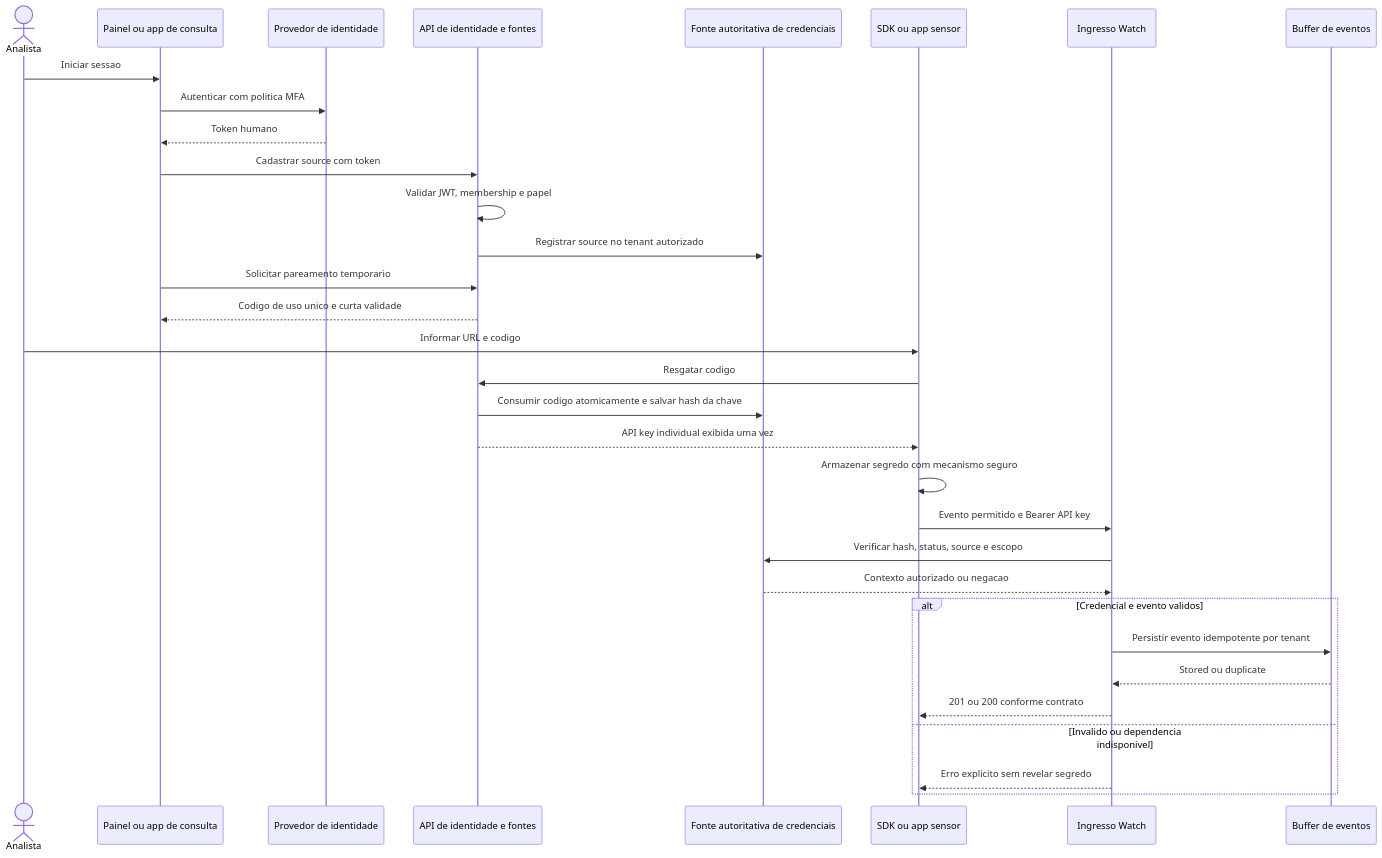
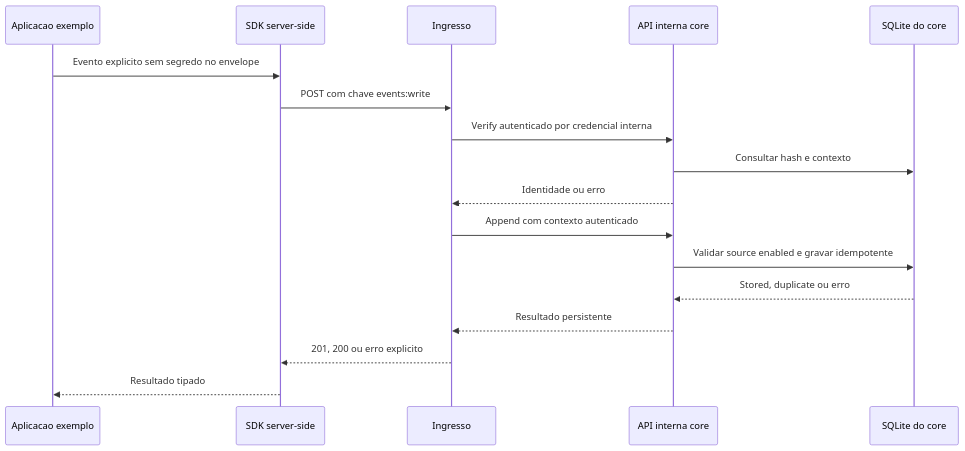
Before and after one commit to K1w1b1t/watch: the second of 3 diagrams in docs/ia/diagramas.md, drawn with Mermaid. The commit also changed other lines of this file and 13 other files, not shown here.

````diff
--- a/docs/ia/diagramas.md
+++ b/docs/ia/diagramas.md
@@ -85,34 +29,19 @@
 ```mermaid
 sequenceDiagram
-    actor Analyst as Analista
-    participant UI as Painel ou app de consulta
-    participant IdP as Provedor de identidade
-    participant Auth as API de identidade e fontes
-    participant DB as Fonte autoritativa de credenciais
-    participant Sensor as SDK ou app sensor
-    participant Ingest as Ingresso Watch
-    participant Store as Buffer de eventos
-    Analyst->>UI: Iniciar sessao
-    UI->>IdP: Autenticar com politica MFA
-    IdP-->>UI: Token humano
-    UI->>Auth: Cadastrar source com token
-    Auth->>Auth: Validar JWT, membership e papel
-    Auth->>DB: Registrar source no tenant autorizado
-    UI->>Auth: Solicitar pareamento temporario
-    Auth-->>UI: Codigo de uso unico e curta validade
-    Analyst->>Sensor: Informar URL e codigo
-    Sensor->>Auth: Resgatar codigo
-    Auth->>DB: Consumir codigo atomicamente e salvar hash da chave
-    Auth-->>Sensor: API key individual exibida uma vez
-    Sensor->>Sensor: Armazenar segredo com mecanismo seguro
-    Sensor->>Ingest: Evento permitido e Bearer API key
-    Ingest->>DB: Verificar hash, status, source e escopo
-    DB-->>Ingest: Contexto autorizado ou negacao
-    alt Credencial e evento validos
-        Ingest->>Store: Persistir evento idempotente por tenant
-        Store-->>Ingest: Stored ou duplicate
-        Ingest-->>Sensor: 201 ou 200 conforme contrato
-    else Invalido ou dependencia indisponivel
-        Ingest-->>Sensor: Erro explicito sem revelar segredo
-    end
+    participant App as Aplicacao exemplo
+    participant SDK as SDK server-side
+    participant Worker as Ingresso
+    participant Core as API interna core
+    participant DB as SQLite do core
+    App->>SDK: Evento explicito sem segredo no envelope
+    SDK->>Worker: POST com chave events:write
+    Worker->>Core: Verify autenticado por credencial interna
+    Core->>DB: Consultar hash e contexto
+    Core-->>Worker: Identidade ou erro
+    Worker->>Core: Append com contexto autenticado
+    Core->>DB: Validar source enabled e gravar idempotente
+    DB-->>Core: Stored, duplicate ou erro
+    Core-->>Worker: Resultado persistente
+    Worker-->>SDK: 201, 200 ou erro explicito
+    SDK-->>App: Resultado tipado
 ```
````
